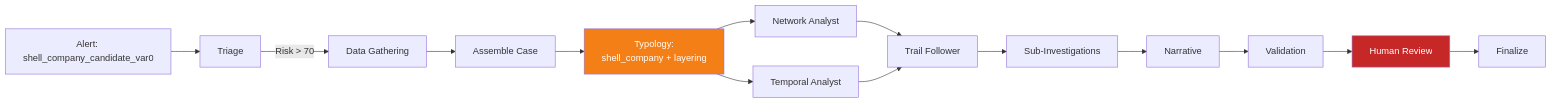
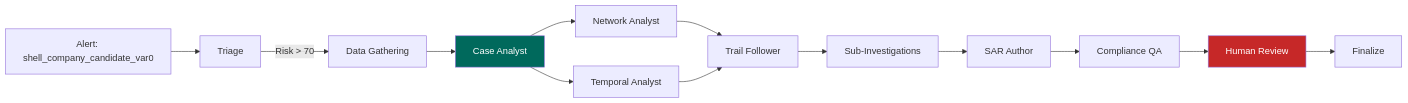
Diagram 16 of 19 in docs/AGENTIC_INVESTIGATION_PIPELINE.md (mongodb-industry-solutions/fsi-aml-fraud-detection), drawn with Mermaid before and after one commit. The commit also changed other lines of this file, not shown here.

````diff
--- a/docs/AGENTIC_INVESTIGATION_PIPELINE.md
+++ b/docs/AGENTIC_INVESTIGATION_PIPELINE.md
@@ -1306,19 +1297,18 @@
 ```mermaid
 flowchart LR
     A["Alert: shell_company_candidate_var0"] --> T["Triage"]
     T -->|"Risk > 70"| DG["Data Gathering"]
-    DG --> AC["Assemble Case"]
-    AC --> TY["Typology:<br/>shell_company + layering"]
-    TY --> NA["Network Analyst"]
-    TY --> TA["Temporal Analyst"]
+    DG --> CA["Case Analyst"]
+    CA --> NA["Network Analyst"]
+    CA --> TA["Temporal Analyst"]
     NA --> TF["Trail Follower"]
     TA --> TF
     TF --> SI["Sub-Investigations"]
-    SI --> NR["Narrative"]
-    NR --> V["Validation"]
-    V --> HR["Human Review"]
+    SI --> SA["SAR Author"]
+    SA --> CQ["Compliance QA"]
+    CQ --> HR["Human Review"]
     HR --> F["Finalize"]
 
-    style TY fill:#f57f17,color:#fff
+    style CA fill:#00695c,color:#fff
     style HR fill:#c62828,color:#fff
 ```
````
